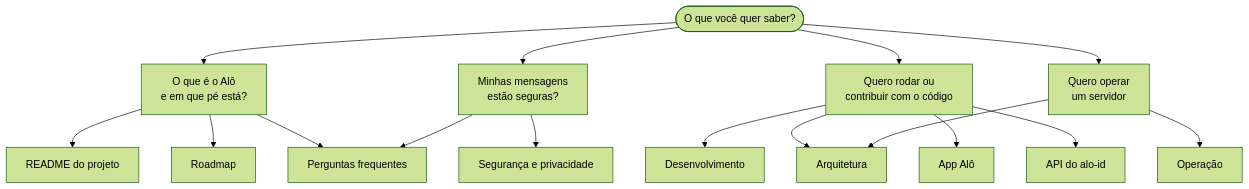
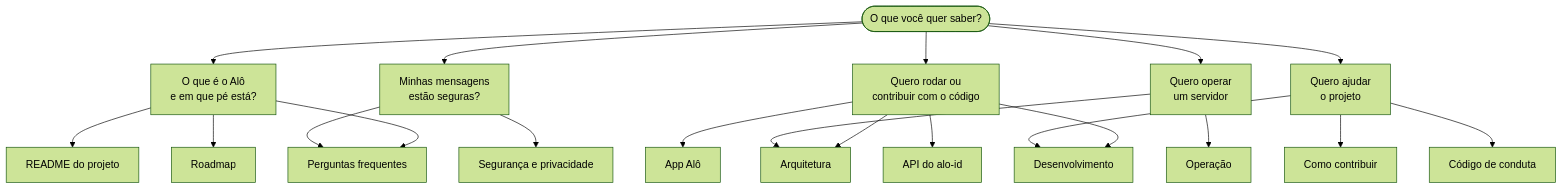
The diagram in docs/README.md (kaiomp/alo), drawn with Mermaid (forest theme) before and after one commit. The commit also changed other lines of this file and 3 other files, not shown here.

````diff
--- a/docs/README.md
+++ b/docs/README.md
@@ -10,20 +11,24 @@
 ```mermaid
 flowchart TD
   inicio(["O que você quer saber?"])
   inicio --> q1["O que é o Alô<br/>e em que pé está?"]
   inicio --> q2["Minhas mensagens<br/>estão seguras?"]
   inicio --> q3["Quero rodar ou<br/>contribuir com o código"]
   inicio --> q4["Quero operar<br/>um servidor"]
+  inicio --> q5["Quero ajudar<br/>o projeto"]
 
   q1 --> d1["README do projeto"]
   q1 --> d2["Roadmap"]
   q1 --> d3["Perguntas frequentes"]
   q2 --> d3
   q2 --> d4["Segurança e privacidade"]
   q3 --> d5["Desenvolvimento"]
   q3 --> d6["Arquitetura"]
   q3 --> d7["App Alô"]
   q3 --> d8["API do alo-id"]
   q4 --> d9["Operação"]
   q4 --> d6
+  q5 --> d10["Como contribuir"]
+  q5 --> d11["Código de conduta"]
+  q5 --> d5
 ```
````
